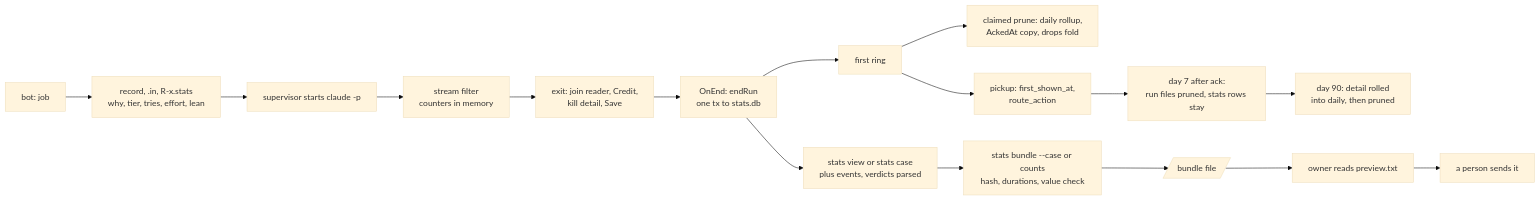
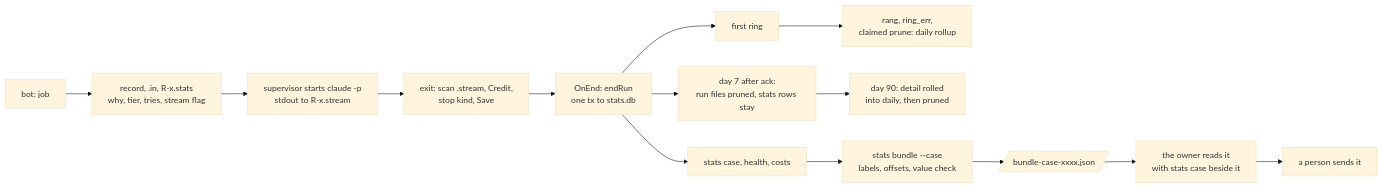
The sixth of 11 diagrams in docs/design/data-collection.md (ProlesDei/maestro), drawn with Mermaid (base theme) before and after one commit. The commit also changed other lines of this file and 3 other files, not shown here.

````diff
--- a/docs/design/data-collection.md
+++ b/docs/design/data-collection.md
@@ -550,18 +523,16 @@
 ```mermaid
 flowchart LR
-  A["bot: job"] --> B["record, .in, R-x.stats<br/>why, tier, tries, effort, lean"]
-  B --> C["supervisor starts claude -p"]
-  C --> D["stream filter<br/>counters in memory"]
-  D --> E["exit: join reader, Credit,<br/>kill detail, Save"]
+  A["bot: job"] --> B["record, .in, R-x.stats<br/>why, tier, tries, stream flag"]
+  B --> C["supervisor starts claude -p<br/>stdout to R-x.stream"]
+  C --> E["exit: scan .stream, Credit,<br/>stop kind, Save"]
   E --> F["OnEnd: endRun<br/>one tx to stats.db"]
   F --> G["first ring"]
-  G --> H["claimed prune: daily rollup,<br/>AckedAt copy, drops fold"]
-  G --> I["pickup: first_shown_at,<br/>route_action"]
-  I --> J["day 7 after ack:<br/>run files pruned, stats rows stay"]
+  G --> H["rang, ring_err,<br/>claimed prune: daily rollup"]
+  F --> J["day 7 after ack:<br/>run files pruned, stats rows stay"]
   J --> K["day 90: detail rolled<br/>into daily, then pruned"]
-  F --> L["stats view or stats case<br/>plus events, verdicts parsed"]
-  L --> M["stats bundle --case or counts<br/>hash, durations, value check"]
-  M --> N[/"bundle file"/]
-  N --> O["owner reads preview.txt"]
+  F --> L["stats case, health, costs"]
+  L --> M["stats bundle --case<br/>labels, offsets, value check"]
+  M --> N[/"bundle-case-xxxx.json"/]
+  N --> O["the owner reads it<br/>with stats case beside it"]
   O --> P["a person sends it"]
 ```
````
